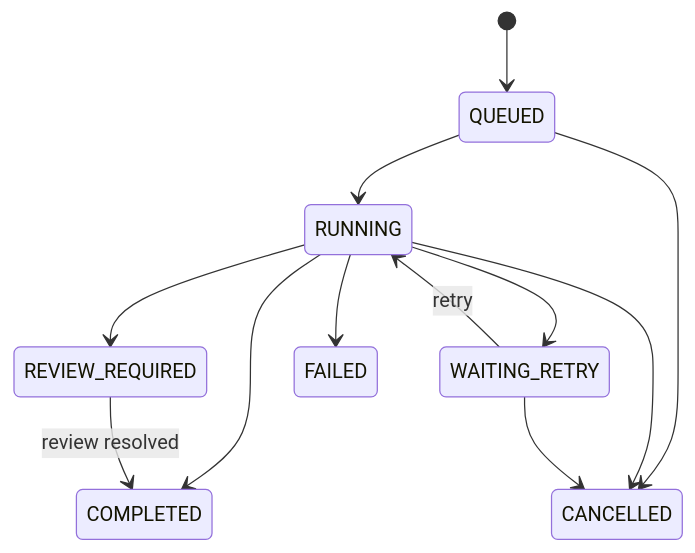
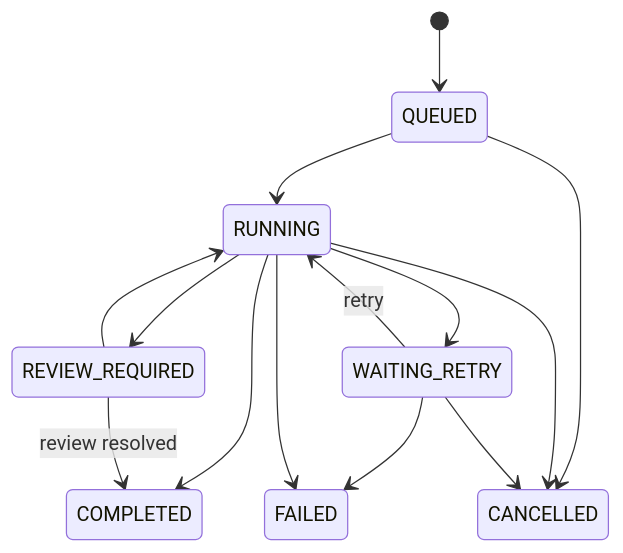
Diagram 11 of 16 in docs/architecture.md (PietroRussoD/ai-document-processing-platform), drawn with Mermaid before and after one commit. The commit also changed other lines of this file and 4 other files, not shown here.

````diff
--- a/docs/architecture.md
+++ b/docs/architecture.md
@@ -497,14 +508,16 @@
 ```mermaid
 stateDiagram-v2
     [*] --> QUEUED
     QUEUED --> RUNNING
     QUEUED --> CANCELLED
     RUNNING --> COMPLETED
     RUNNING --> WAITING_RETRY
     WAITING_RETRY --> RUNNING: retry
+    WAITING_RETRY --> FAILED
     RUNNING --> REVIEW_REQUIRED
     REVIEW_REQUIRED --> COMPLETED: review resolved
+    REVIEW_REQUIRED --> RUNNING
     RUNNING --> FAILED
     RUNNING --> CANCELLED
     WAITING_RETRY --> CANCELLED
 ```
````
